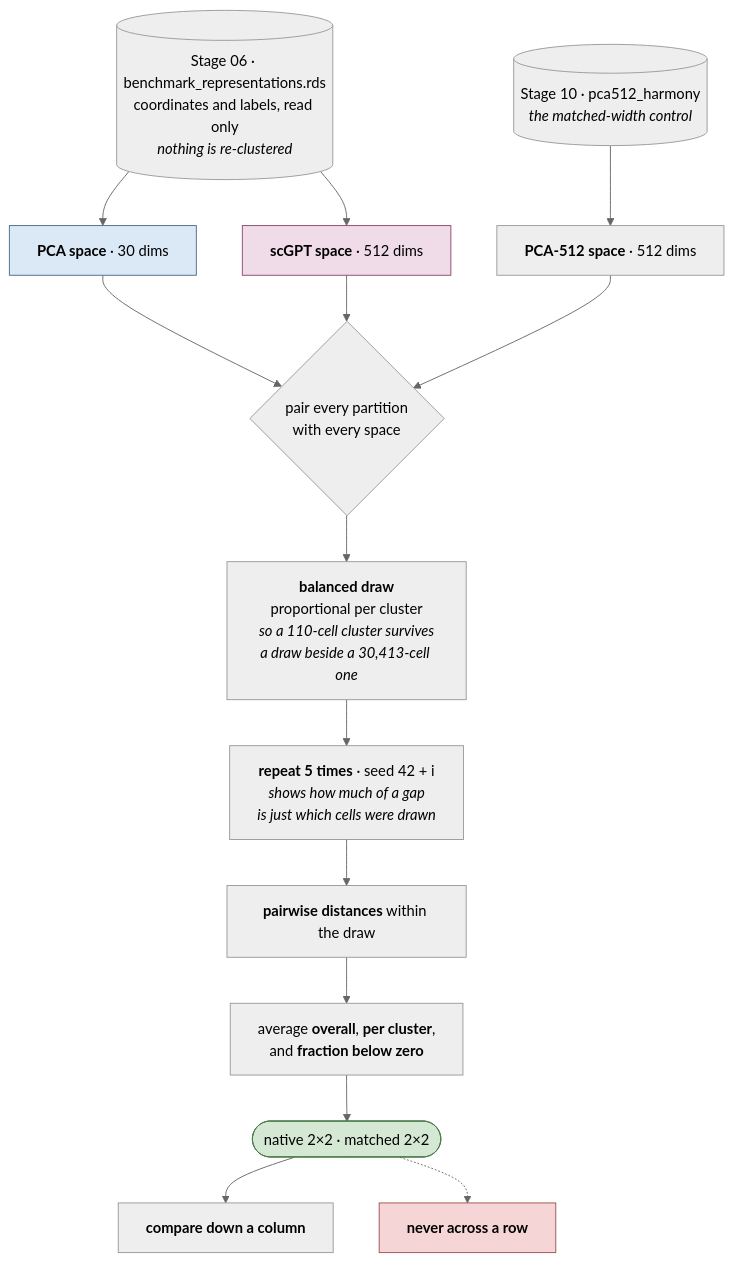
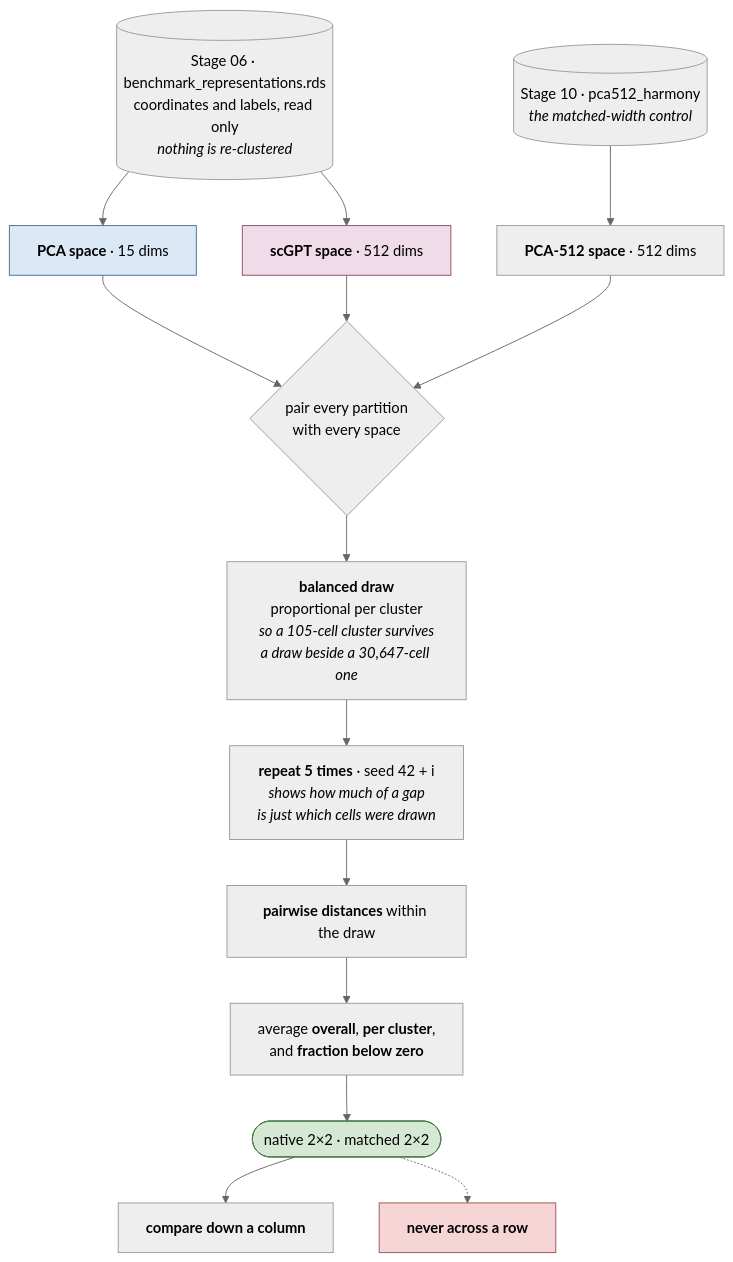
Before and after one commit to sivatej800-oss/T-cell-representations: the sixth of 11 diagrams in 01_PROJECT_OVERVIEW/ANALYSIS_WALKTHROUGH.md, drawn with Mermaid (neutral theme). The commit also changed other lines of this file and 95 other files, not shown here.

````diff
--- a/01_PROJECT_OVERVIEW/ANALYSIS_WALKTHROUGH.md
+++ b/01_PROJECT_OVERVIEW/ANALYSIS_WALKTHROUGH.md
@@ -341,34 +359,34 @@
 ```mermaid
 flowchart TD
     A[("Stage 06 · benchmark_representations.rds<br/>coordinates and labels, read only<br/><i>nothing is re-clustered</i>")]
     A2[("Stage 10 · pca512_harmony<br/><i>the matched-width control</i>")]
 
-    B["<b>PCA space</b> · 30 dims"]
+    B["<b>PCA space</b> · 15 dims"]
     C["<b>scGPT space</b> · 512 dims"]
     B2["<b>PCA-512 space</b> · 512 dims"]
 
     F{"pair every partition<br/>with every space"}
 
-    G["<b>balanced draw</b><br/>proportional per cluster<br/><i>so a 110-cell cluster survives<br/>a draw beside a 30,413-cell one</i>"]
+    G["<b>balanced draw</b><br/>proportional per cluster<br/><i>so a 105-cell cluster survives<br/>a draw beside a 30,647-cell one</i>"]
     H["<b>repeat 5 times</b> · seed 42 + i<br/><i>shows how much of a gap<br/>is just which cells were drawn</i>"]
     I["<b>pairwise distances</b> within the draw"]
     J["average <b>overall</b>, <b>per cluster</b>,<br/>and <b>fraction below zero</b>"]
 
     L(["native 2×2 · matched 2×2"])
     M["<b>compare down a column</b>"]
     N["<b>never across a row</b>"]
 
     A --> B & C
     A2 --> B2
     B --> F
     C --> F
     B2 --> F
     F --> G --> H --> I --> J --> L
     L --> M
     L -.-> N
 
     style B fill:#dbe8f5,stroke:#4a6a8a
     style C fill:#f0dbe8,stroke:#8a4a6a
     style N fill:#f5d5d5,stroke:#a05050
     style L fill:#d4e8d4,stroke:#4a7a4a
 ```
````
